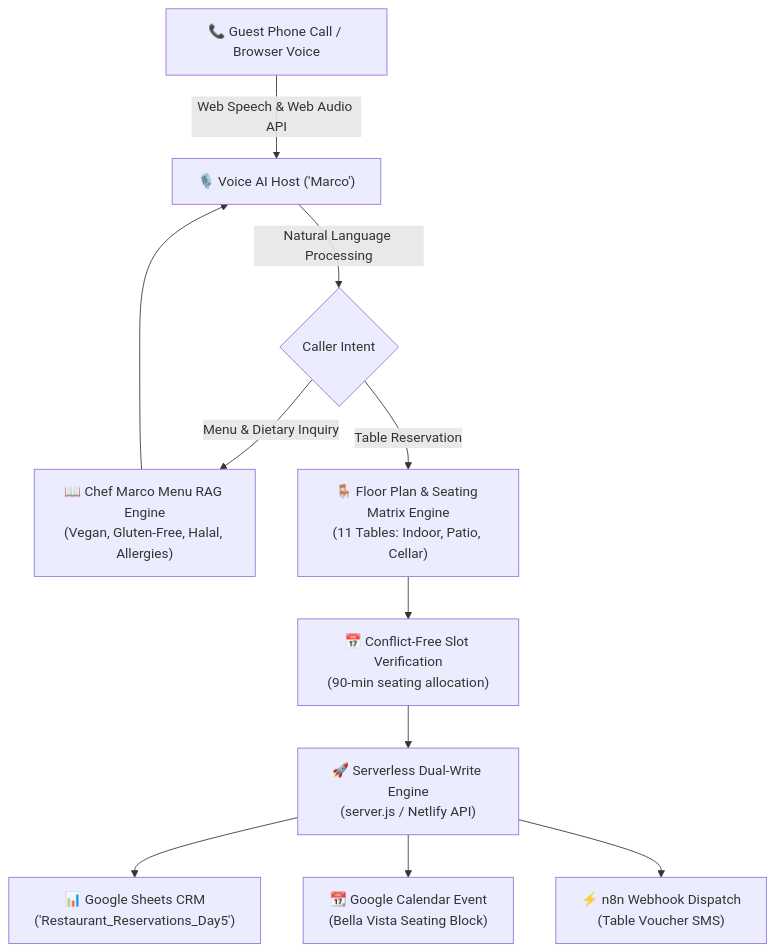
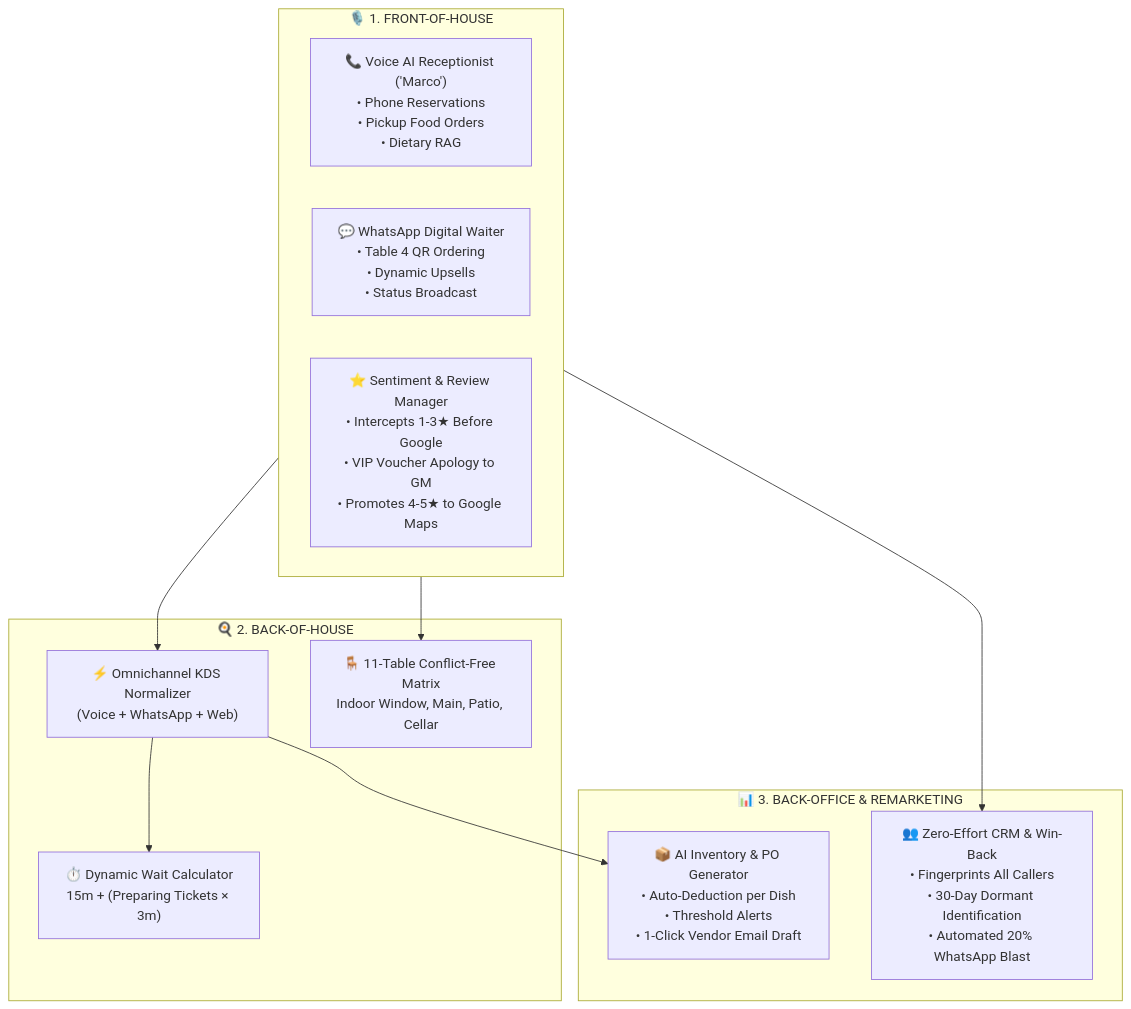
Before and after one commit to rehanziadeveloper-ship-it/My-Projects: the diagram in day-05-restaurant-reservation-voicebot/README.md, drawn with Mermaid. The commit also changed other lines of this file, not shown here.

Commit message:
docs(day-05): update architecture documentation for 3-pillar restaurant ecosystem

````diff
--- a/day-05-restaurant-reservation-voicebot/README.md
+++ b/day-05-restaurant-reservation-voicebot/README.md
@@ -34,16 +18,25 @@
 ```mermaid
 flowchart TD
-    A["📞 Guest Phone Call / Browser Voice"] -->|Web Speech & Web Audio API| B["🎙️ Voice AI Host ('Marco')"]
-    B -->|Natural Language Processing| C{"Caller Intent"}
+    subgraph FOH["🎙️ 1. FRONT-OF-HOUSE"]
+        A["📞 Voice AI Receptionist ('Marco')\n• Phone Reservations\n• Pickup Food Orders\n• Dietary RAG"]
+        B["💬 WhatsApp Digital Waiter\n• Table 4 QR Ordering\n• Dynamic Upsells\n• Status Broadcast"]
+        C["⭐ Sentiment & Review Manager\n• Intercepts 1-3★ Before Google\n• VIP Voucher Apology to GM\n• Promotes 4-5★ to Google Maps"]
+    end
 
-    C -->|"Menu & Dietary Inquiry"| D["📖 Chef Marco Menu RAG Engine\n(Vegan, Gluten-Free, Halal, Allergies)"]
-    D --> B
+    subgraph BOH["🍳 2. BACK-OF-HOUSE"]
+        D["⚡ Omnichannel KDS Normalizer\n(Voice + WhatsApp + Web)"]
+        E["⏱️ Dynamic Wait Calculator\n15m + (Preparing Tickets × 3m)"]
+        F["🪑 11-Table Conflict-Free Matrix\nIndoor Window, Main, Patio, Cellar"]
+    end
 
-    C -->|"Table Reservation"| E["🪑 Floor Plan & Seating Matrix Engine\n(11 Tables: Indoor, Patio, Cellar)"]
-    E --> F["📅 Conflict-Free Slot Verification\n(90-min seating allocation)"]
-    F --> G["🚀 Serverless Dual-Write Engine\n(server.js / Netlify API)"]
+    subgraph BACKOFFICE["📊 3. BACK-OFFICE & REMARKETING"]
+        G["📦 AI Inventory & PO Generator\n• Auto-Deduction per Dish\n• Threshold Alerts\n• 1-Click Vendor Email Draft"]
+        H["👥 Zero-Effort CRM & Win-Back\n• Fingerprints All Callers\n• 30-Day Dormant Identification\n• Automated 20% WhatsApp Blast"]
+    end
 
-    G --> H["📊 Google Sheets CRM\n('Restaurant_Reservations_Day5')"]
-    G --> I["📆 Google Calendar Event\n(Bella Vista Seating Block)"]
-    G --> J["⚡ n8n Webhook Dispatch\n(Table Voucher SMS)"]
+    FOH --> D
+    D --> E
+    D --> G
+    FOH --> H
+    FOH --> F
 ```
````
